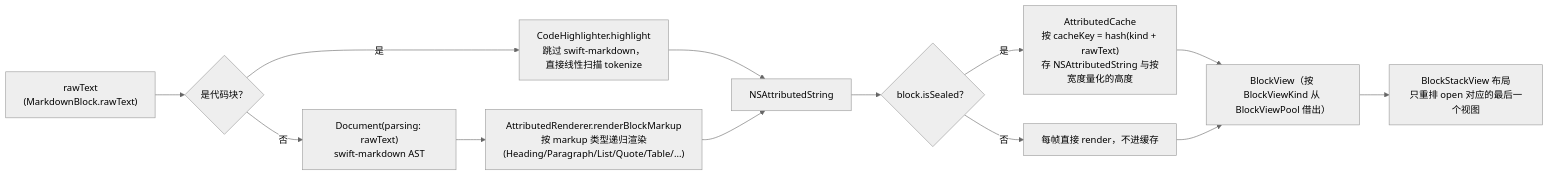
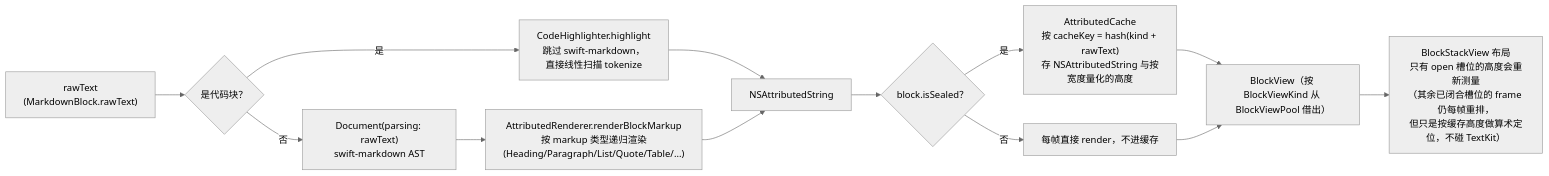
One commit to GKWenBo/WBAIProject changed the second of 2 diagrams in WBChatApp-UIKit/doc/02-Markdown块级增量渲染.md. Above: the diagram before and after it, drawn with Mermaid (neutral theme). The commit also changed other lines of this file and 3 other files, not shown here.

````diff
--- a/WBChatApp-UIKit/doc/02-Markdown块级增量渲染.md
+++ b/WBChatApp-UIKit/doc/02-Markdown块级增量渲染.md
@@ -147,15 +147,15 @@
 ```mermaid
 flowchart LR
     A["rawText<br/>(MarkdownBlock.rawText)"] --> B{"是代码块？"}
     B -->|是| C["CodeHighlighter.highlight<br/>跳过 swift-markdown，<br/>直接线性扫描 tokenize"]
     B -->|否| D["Document(parsing: rawText)<br/>swift-markdown AST"]
     D --> E["AttributedRenderer.renderBlockMarkup<br/>按 markup 类型递归渲染<br/>(Heading/Paragraph/List/Quote/Table/...)"]
     C --> F["NSAttributedString"]
     E --> F
     F --> G{"block.isSealed？"}
     G -->|是| H["AttributedCache<br/>按 cacheKey = hash(kind + rawText)<br/>存 NSAttributedString 与按宽度量化的高度"]
     G -->|否| I["每帧直接 render，不进缓存"]
     H --> J["BlockView（按 BlockViewKind 从 BlockViewPool 借出）"]
     I --> J
-    J --> K["BlockStackView 布局<br/>只重排 open 对应的最后一个视图"]
+    J --> K["BlockStackView 布局<br/>只有 open 槽位的高度会重新测量<br/>（其余已闭合槽位的 frame 仍每帧重排，<br/>但只是按缓存高度做算术定位，不碰 TextKit）"]
 ```
````
